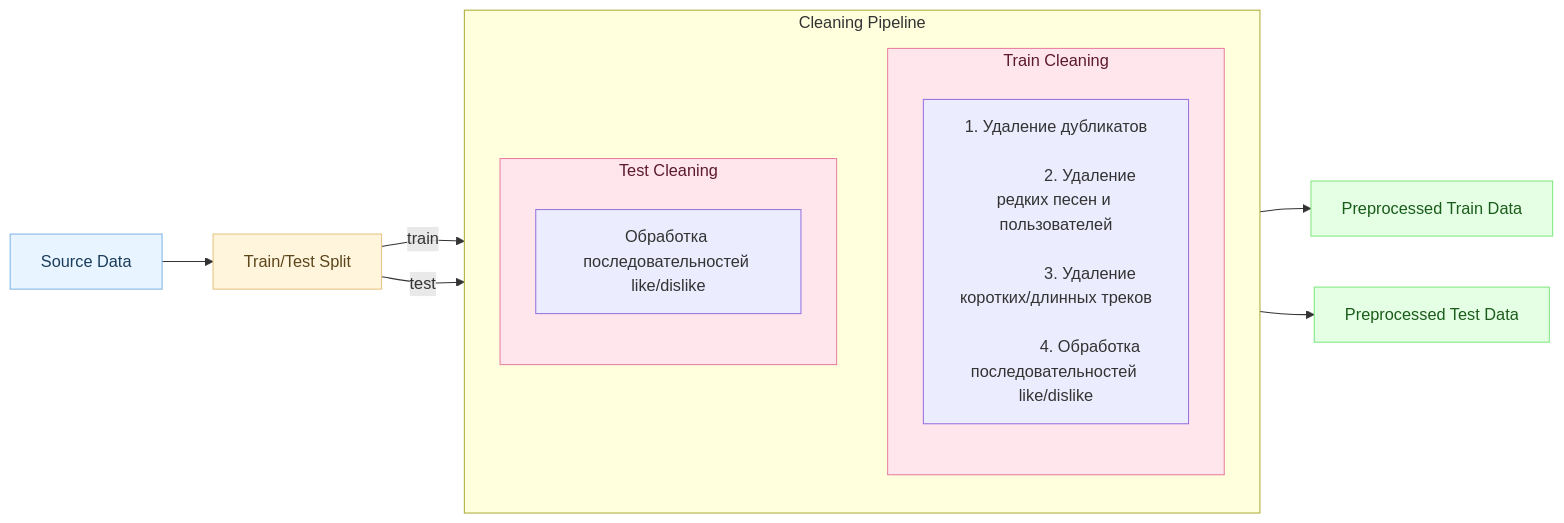
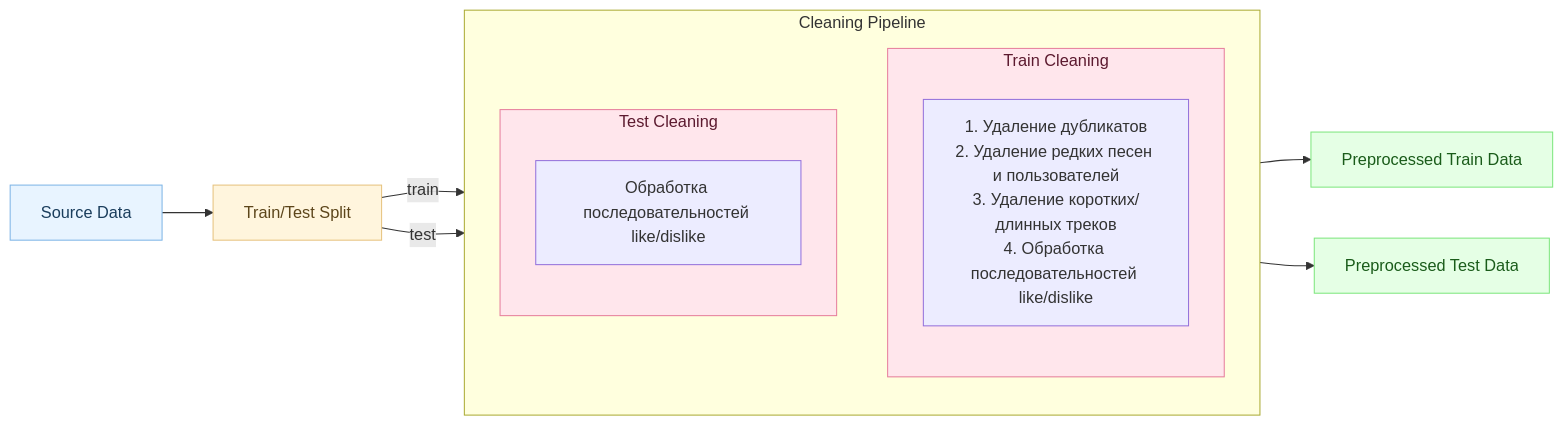
Before and after one commit to Nastasy822/music-recommendation-experiments: the first of 2 diagrams in README.md, drawn with Mermaid.

Commit message:
docs: add diagram of preprocessing

````diff
--- a/README.md
+++ b/README.md
@@ -138,53 +138,50 @@
 ```mermaid
 flowchart LR
 
     %% === Исходные данные ===
     SRC["Source Data"]
 
     %% === Train/Test Split ===
     SPLIT["Train/Test Split"]
 
     %% === Cleaning блок ===
     subgraph CLEANING["Cleaning Pipeline"]
         direction TB
 
         %% === Train Cleaning ===
         subgraph TRAIN_CLN["Train Cleaning"]
             direction TB
-            N1["1. Удаление дубликатов<br/>
-                2. Удаление редких песен и пользователей<br/>
-                3. Удаление коротких/длинных треков<br/>
-                4. Обработка последовательностей like/dislike"]
+            N1["1. Удаление дубликатов<br/>2. Удаление редких песен и пользователей<br/>3. Удаление коротких/длинных треков<br/>4. Обработка последовательностей like/dislike"]
 
         end
 
         %% === Test Cleaning ===
         subgraph TEST_CLN["Test Cleaning"]
             direction TB
             T1["Обработка последовательностей like/dislike"]
         end
     end
 
     PRE_TRAIN["Preprocessed Train Data"]
     PRE_TEST["Preprocessed Test Data"]
 
     %% === Потоки ===
     SRC --> SPLIT
     SPLIT -->|train| N1
     SPLIT -->|test| T1
 
     N1 --> PRE_TRAIN
     T1 --> PRE_TEST
 
     %% === Стили ===
     classDef source fill:#e8f4ff,stroke:#7db4e6,color:#1a3d5c;
     classDef split fill:#fff5dd,stroke:#e6c27d,color:#5c451a;
     classDef clean fill:#ffe6ec,stroke:#e67d9c,color:#5c1a2f;
     classDef result fill:#e5ffe5,stroke:#7de67d,color:#1a5c1a;
 
     class SRC source;
     class SPLIT split;
     class TRAIN_CLN,TEST_CLN clean;
     class PRE_TRAIN,PRE_TEST result;
 
 ```
````
